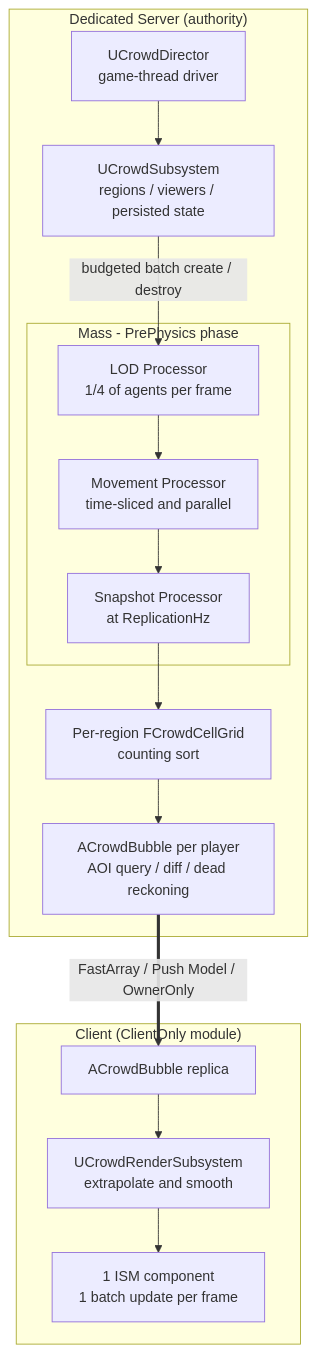
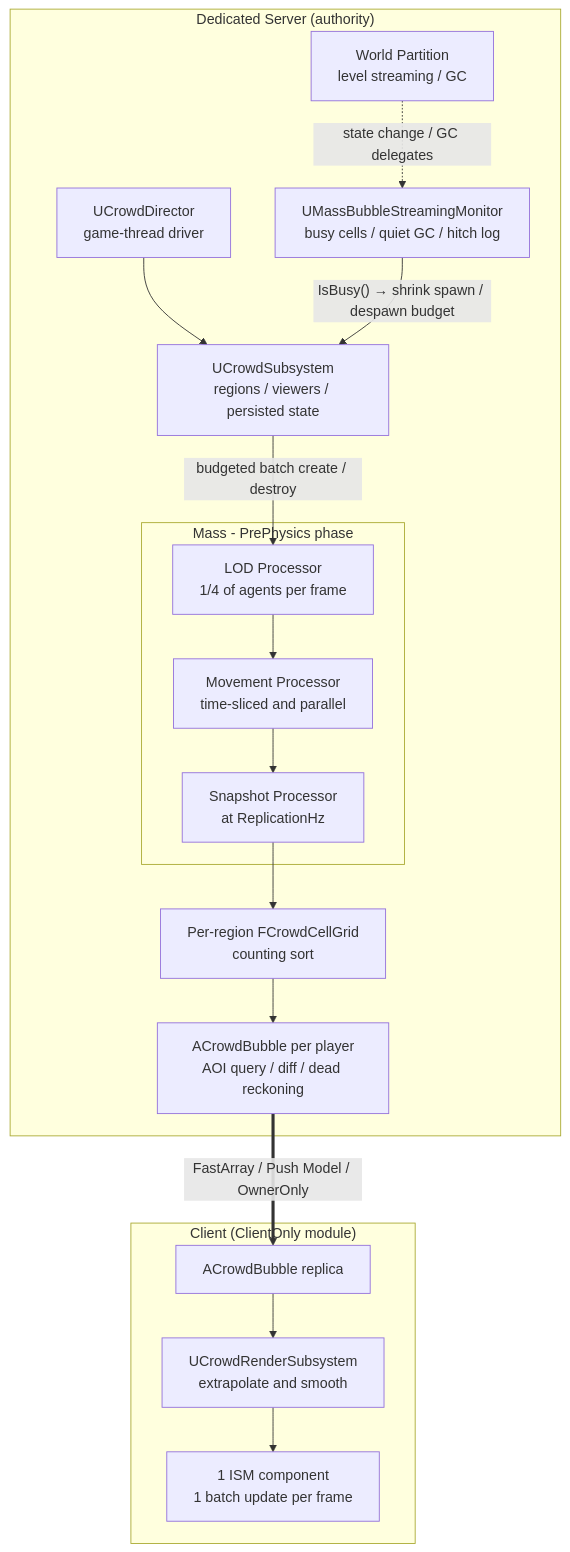
Before and after one commit to woodsshin/GameServer: the first of 3 diagrams in MassBubble/README_EN.md, drawn with Mermaid. The commit also changed other lines of this file and 1 other file, not shown here.

````diff
--- a/MassBubble/README_EN.md
+++ b/MassBubble/README_EN.md
@@ -69,18 +73,20 @@
 ```mermaid
 flowchart TB
     subgraph SERVER["Dedicated Server (authority)"]
         DIR["UCrowdDirector<br/>game-thread driver"] --> SUB["UCrowdSubsystem<br/>regions / viewers / persisted state"]
+        WPS["World Partition<br/>level streaming / GC"] -. "state change / GC delegates" .-> MON["UMassBubbleStreamingMonitor<br/>busy cells / quiet GC / hitch log"]
+        MON -- "IsBusy() → shrink spawn / despawn budget" --> SUB
         SUB -- "budgeted batch create / destroy" --> LOD
         subgraph MASS["Mass - PrePhysics phase"]
             LOD["LOD Processor<br/>1/4 of agents per frame"] --> MOVE["Movement Processor<br/>time-sliced and parallel"]
             MOVE --> SNAP["Snapshot Processor<br/>at ReplicationHz"]
         end
         SNAP --> GRID["Per-region FCrowdCellGrid<br/>counting sort"]
         GRID --> BUB["ACrowdBubble per player<br/>AOI query / diff / dead reckoning"]
     end
     BUB == "FastArray / Push Model / OwnerOnly" ==> CBUB
     subgraph CLIENT["Client (ClientOnly module)"]
         CBUB["ACrowdBubble replica"] --> REND["UCrowdRenderSubsystem<br/>extrapolate and smooth"]
         REND --> ISM["1 ISM component<br/>1 batch update per frame"]
     end
 ```
````
